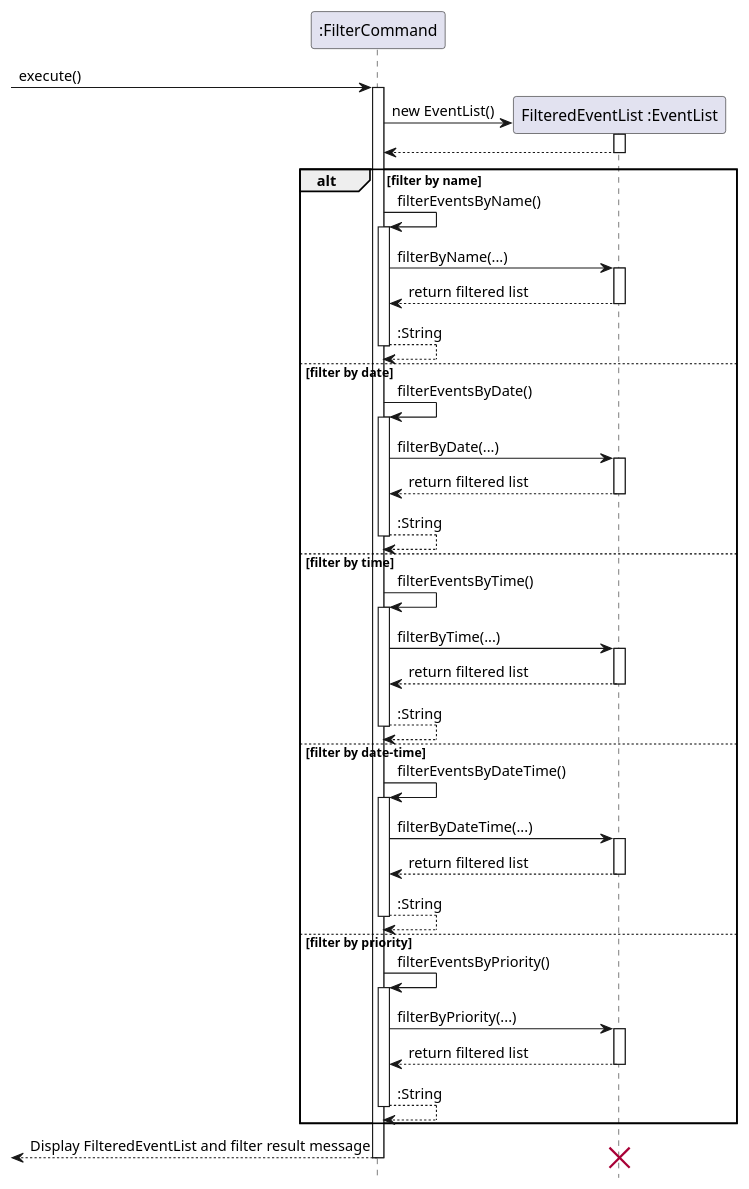
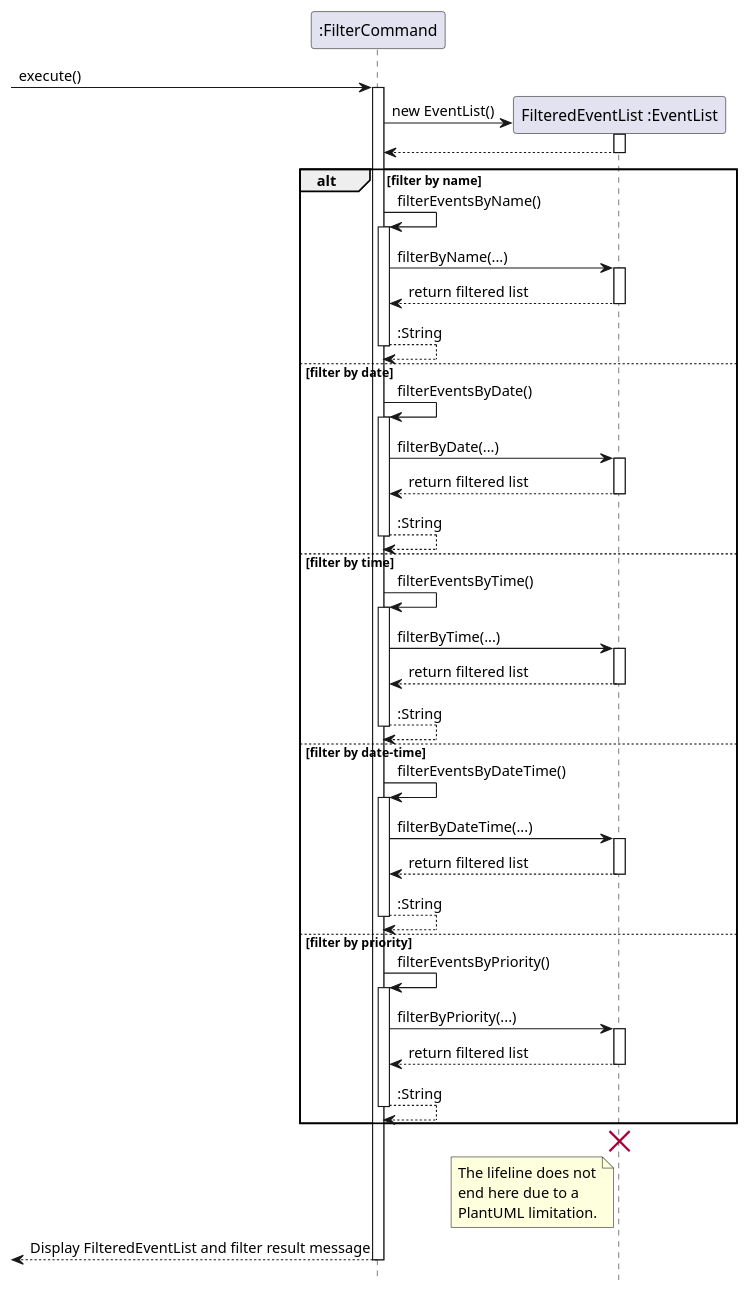
The diagram in docs/diagrams/FilterCommandSequenceDiagram.puml (nus-cs2113-AY2425S1/tp), drawn with PlantUML before and after one commit. The commit also changed 8 other files, not shown here.

Commit message:
Update instance destruction in sequence diagrams as per review

```diff
--- a/docs/diagrams/FilterCommandSequenceDiagram.puml
+++ b/docs/diagrams/FilterCommandSequenceDiagram.puml
@@ -1,66 +1,72 @@
 @startuml
 hide footbox
 
 participant ":FilterCommand" as FC
 
 [-> FC: execute()
 
 create participant "FilteredEventList :EventList" as FEL
 activate FC
 FC -> FEL: new EventList()
 activate FEL
 FEL --> FC
 deactivate FEL
 
 alt filter by name
     FC -> FC : filterEventsByName()
     activate FC
     FC -> FEL: filterByName(...)
     activate FEL
     FEL --> FC: return filtered list
     deactivate FEL
     FC --> FC : :String
     deactivate FC
 else filter by date
         FC -> FC : filterEventsByDate()
         activate FC
         FC -> FEL: filterByDate(...)
         activate FEL
         FEL --> FC: return filtered list
         deactivate FEL
         FC --> FC : :String
         deactivate FC
 else filter by time
     FC -> FC : filterEventsByTime()
     activate FC
     FC -> FEL: filterByTime(...)
     activate FEL
     FEL --> FC: return filtered list
     deactivate FEL
     FC --> FC : :String
     deactivate FC
 else filter by date-time
         FC -> FC : filterEventsByDateTime()
         activate FC
         FC -> FEL: filterByDateTime(...)
         activate FEL
         FEL --> FC: return filtered list
         deactivate FEL
         FC --> FC : :String
         deactivate FC
 else filter by priority
     FC -> FC: filterEventsByPriority()
     activate FC
     FC -> FEL: filterByPriority(...)
     activate FEL
     FEL --> FC: return filtered list
     deactivate FEL
     FC --> FC : :String
     deactivate FC
 end alt
 
+destroy FEL
+
+note left of FEL
+    The lifeline does not
+    end here due to a
+    PlantUML limitation.
+end note
+
 return Display FilteredEventList and filter result message
 
-destroy FEL
-
 @enduml
```
